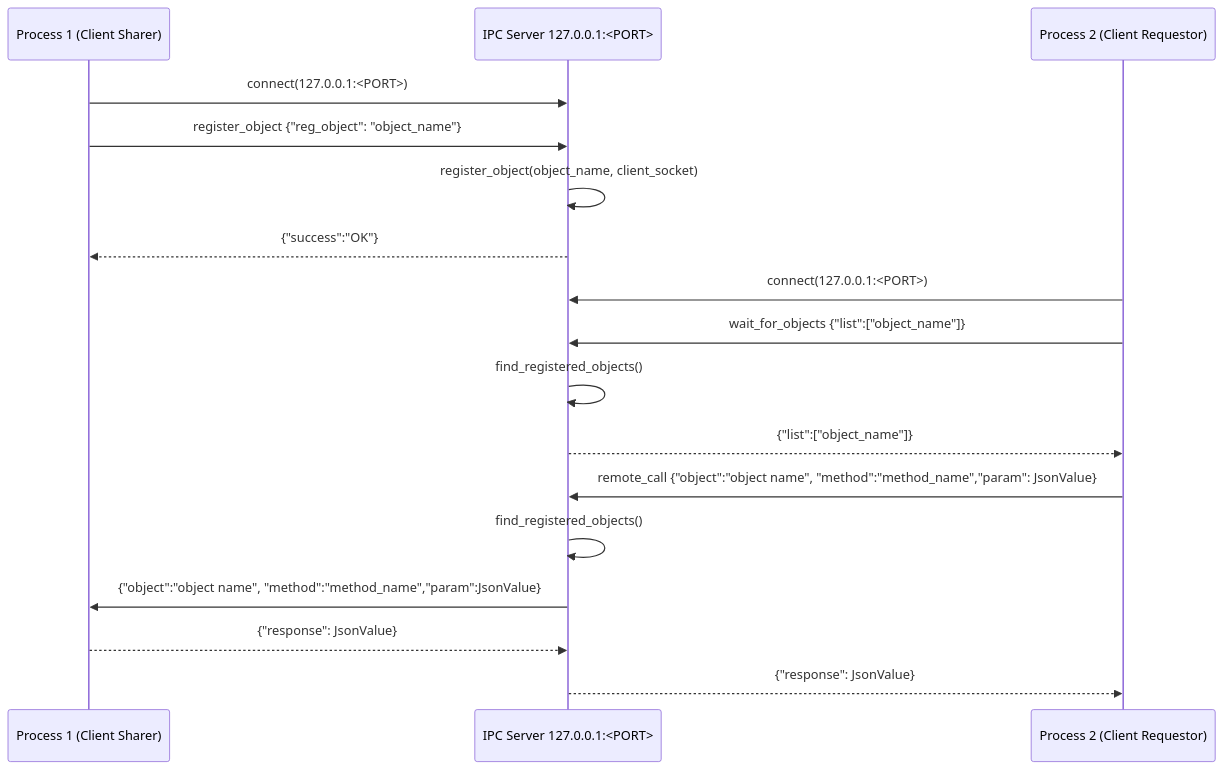
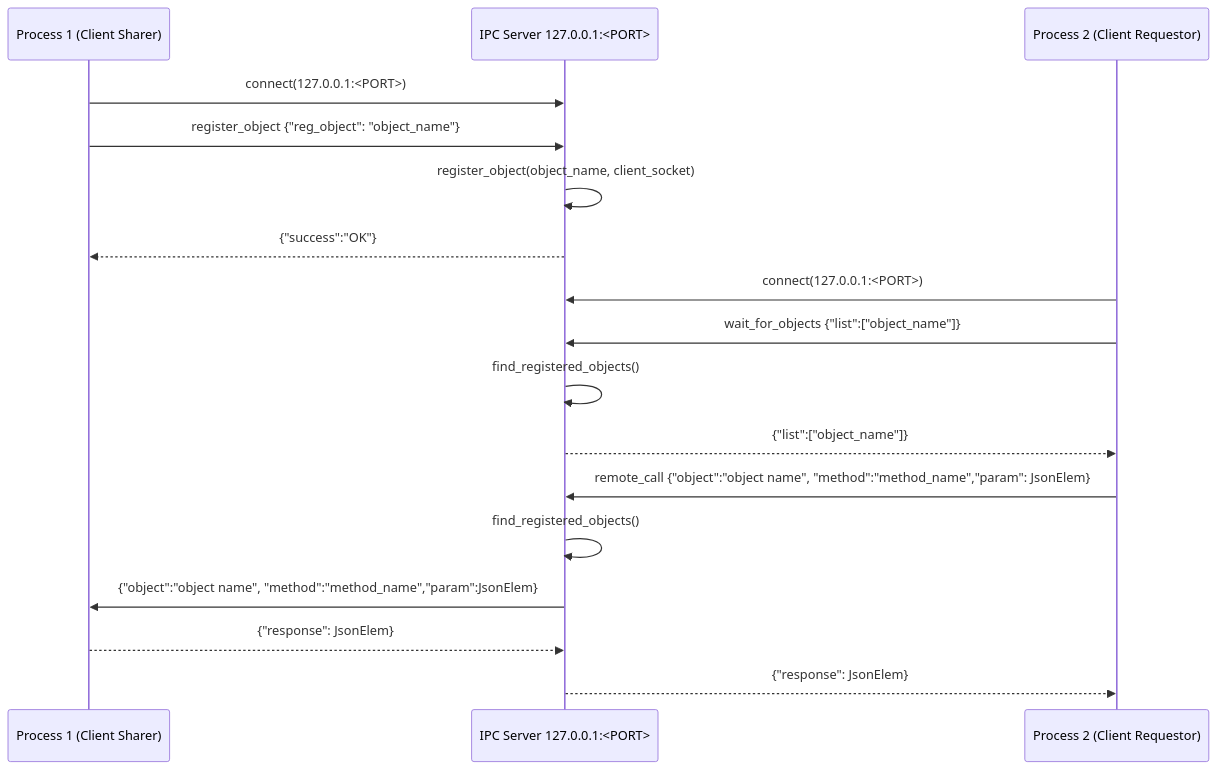
One commit to LorenzoLeonardo/ipc-server changed the first of 2 diagrams in README.md. Above: the diagram before and after it, drawn with Mermaid. The commit also changed other lines of this file and 14 other files, not shown here.

Commit message:
use JsonElem and further improve

````diff
--- a/README.md
+++ b/README.md
@@ -14,22 +14,22 @@
 ```mermaid
 sequenceDiagram
     participant proc1 as Process 1 (Client Sharer)
     participant server as IPC Server 127.0.0.1:<PORT>
     participant proc2 as Process 2 (Client Requestor)
 
     proc1->>server: connect(127.0.0.1:<PORT>)
     proc1->>server: register_object {"reg_object": "object_name"}
     server->>server: register_object(object_name, client_socket)
     server-->>proc1: {"success":"OK"}
 
     proc2->>server: connect(127.0.0.1:<PORT>)
     proc2->>server: wait_for_objects {"list":["object_name"]}
     server->>server: find_registered_objects()
     server-->>proc2: {"list":["object_name"]}
 
-    proc2->>server: remote_call {"object":"object name", "method":"method_name","param": JsonValue}
+    proc2->>server: remote_call {"object":"object name", "method":"method_name","param": JsonElem}
     server->>server: find_registered_objects()
-    server->>proc1: {"object":"object name", "method":"method_name","param":JsonValue}
-    proc1-->>server: {"response": JsonValue}
-    server-->>proc2: {"response": JsonValue}
+    server->>proc1: {"object":"object name", "method":"method_name","param":JsonElem}
+    proc1-->>server: {"response": JsonElem}
+    server-->>proc2: {"response": JsonElem}
 ```
````
